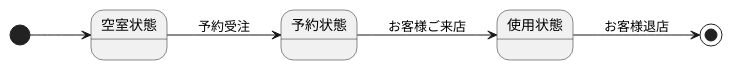
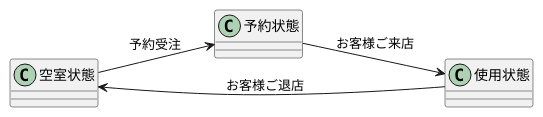
The diagram in 演習6-2_SD_部屋オブジェクト.pu (itouayumu/uml-introduction-), drawn with PlantUML before and after one commit.

Commit message:
演習

```diff
--- a/演習6-2_SD_部屋オブジェクト.pu
+++ b/演習6-2_SD_部屋オブジェクト.pu
@@ -1,7 +1,7 @@
 @startuml 
 left to right direction
-[*] --> 空室状態
+
 空室状態--> 予約状態: 予約受注
 予約状態--> 使用状態: お客様ご来店
-使用状態--> [*] : お客様退店
+使用状態-->空室状態:　お客様ご退店
 @enduml
```
